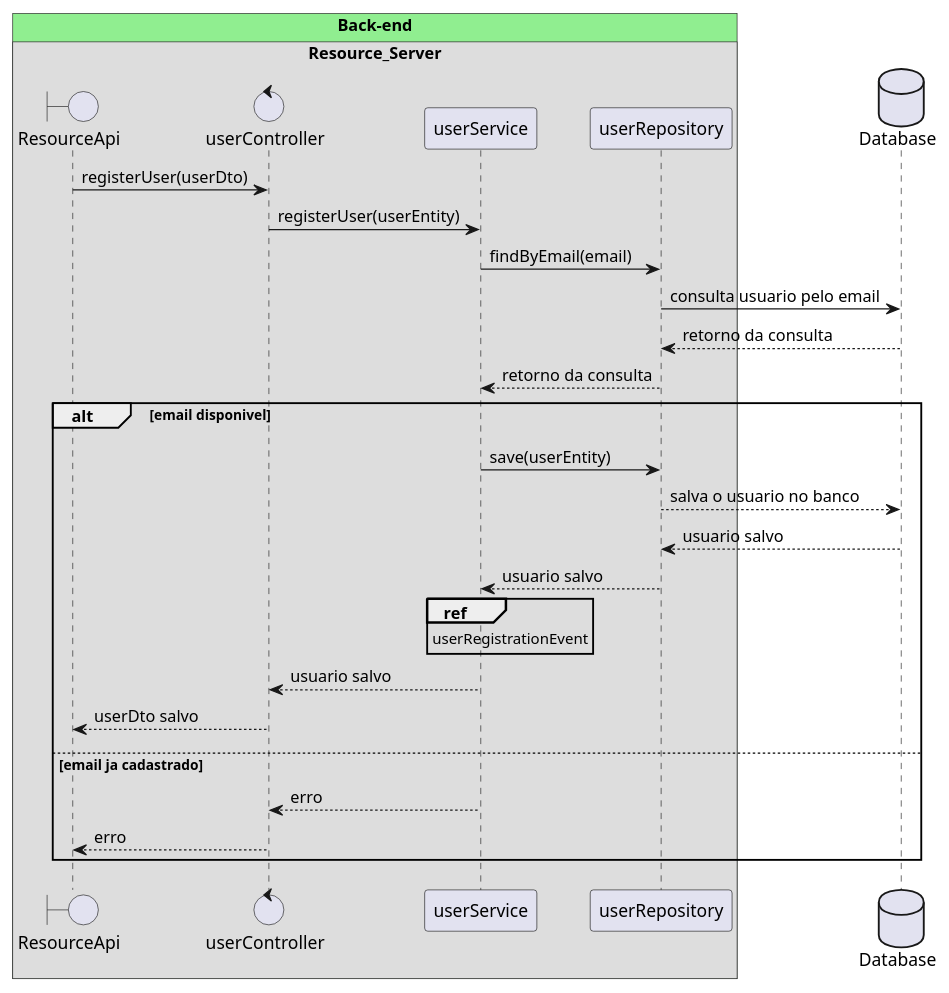
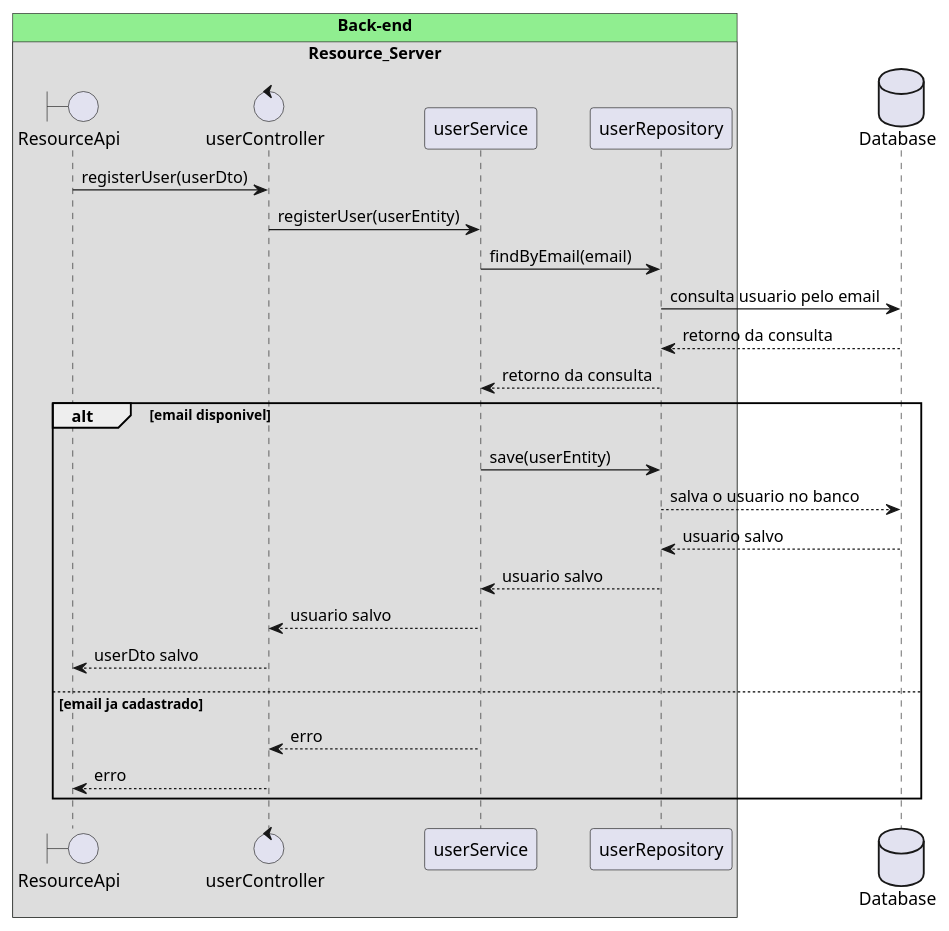
The diagram in sequence/cadastro-back-end.plantuml (TCC-Vertebral-Column-Monitor/doc), drawn with PlantUML before and after one commit.

Commit message:
remove user register event

```diff
--- a/sequence/cadastro-back-end.plantuml
+++ b/sequence/cadastro-back-end.plantuml
@@ -1,33 +1,32 @@
 @startuml RegisterUserSequence 
 !pragma teoz true
     box "Back-end" #LightGreen
 
         box "Resource_Server"
             boundary ResourceApi  as resource_api
             control userController as user_c
             participant userService as user_s
             participant userRepository as user_r
         end box 
 
     end box        
     database Database as DB
     resource_api -> user_c : registerUser(userDto) 
     user_c -> user_s : registerUser(userEntity)
     user_s -> user_r: findByEmail(email) 
     user_r -> DB : consulta usuario pelo email
     return retorno da consulta
     user_r --> user_s : retorno da consulta
     alt  email disponivel 
         user_s -> user_r : save(userEntity)
         user_r --> DB : salva o usuario no banco 
         return usuario salvo
         user_r --> user_s: usuario salvo
-        ref over user_s: userRegistrationEvent 
         user_s --> user_c: usuario salvo 
         user_c --> resource_api: userDto salvo 
 else email ja cadastrado  
     user_s --> user_c: erro 
     user_c --> resource_api: erro
 
 end 
 @enduml
```
